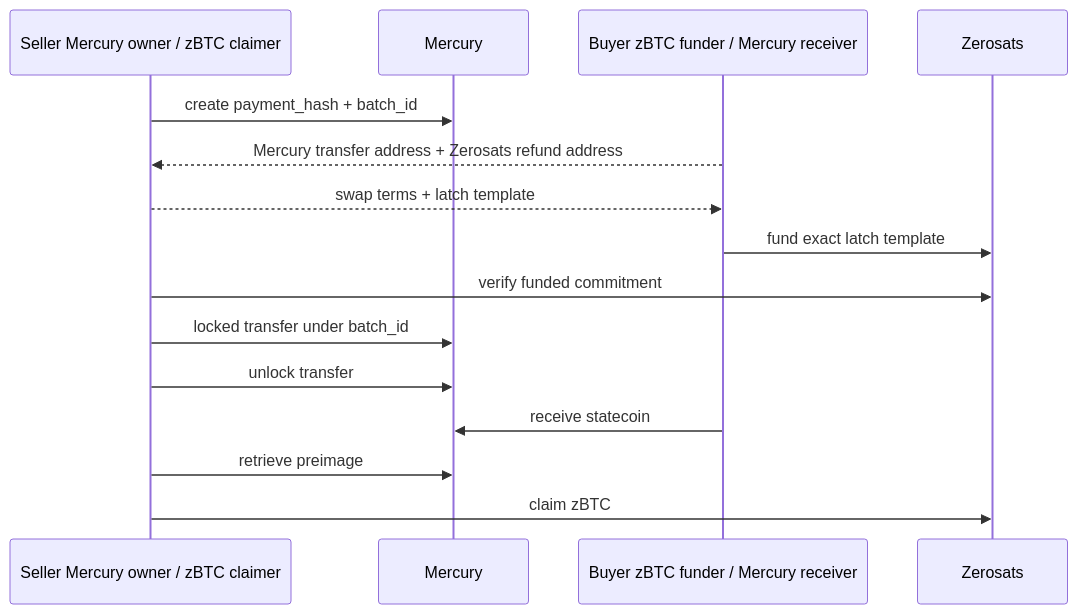
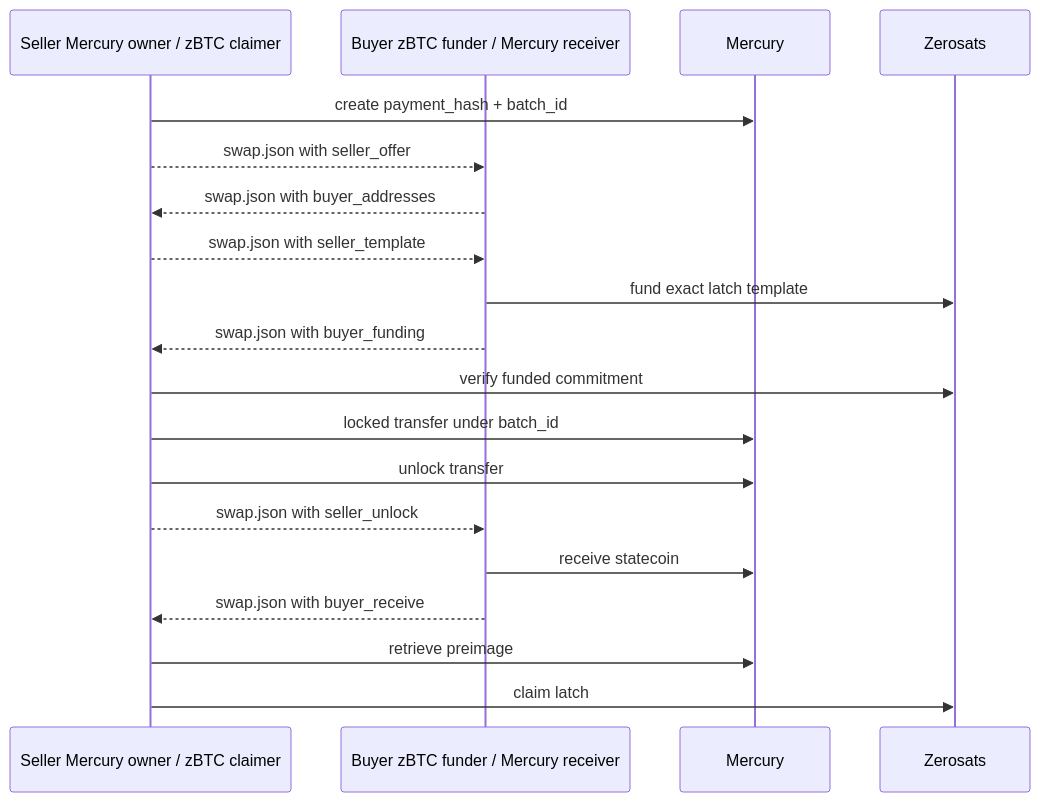
Before and after one commit to stutxo/zerosats: the diagram in ciphera/pkg/mercury-latch-swap/mercury-swap.md, drawn with Mermaid. The commit also changed other lines of this file and 9 other files, not shown here.

````diff
--- a/ciphera/pkg/mercury-latch-swap/mercury-swap.md
+++ b/ciphera/pkg/mercury-latch-swap/mercury-swap.md
@@ -12,18 +14,22 @@
 ```mermaid
 sequenceDiagram
     participant Seller as Seller Mercury owner / zBTC claimer
+    participant Buyer as Buyer zBTC funder / Mercury receiver
     participant Mercury
-    participant Buyer as Buyer zBTC funder / Mercury receiver
     participant Zerosats
 
     Seller->>Mercury: create payment_hash + batch_id
-    Buyer-->>Seller: Mercury transfer address + Zerosats refund address
-    Seller-->>Buyer: swap terms + latch template
+    Seller-->>Buyer: swap.json with seller_offer
+    Buyer-->>Seller: swap.json with buyer_addresses
+    Seller-->>Buyer: swap.json with seller_template
     Buyer->>Zerosats: fund exact latch template
+    Buyer-->>Seller: swap.json with buyer_funding
     Seller->>Zerosats: verify funded commitment
     Seller->>Mercury: locked transfer under batch_id
     Seller->>Mercury: unlock transfer
+    Seller-->>Buyer: swap.json with seller_unlock
     Buyer->>Mercury: receive statecoin
+    Buyer-->>Seller: swap.json with buyer_receive
     Seller->>Mercury: retrieve preimage
-    Seller->>Zerosats: claim zBTC
+    Seller->>Zerosats: claim latch
 ```
````
